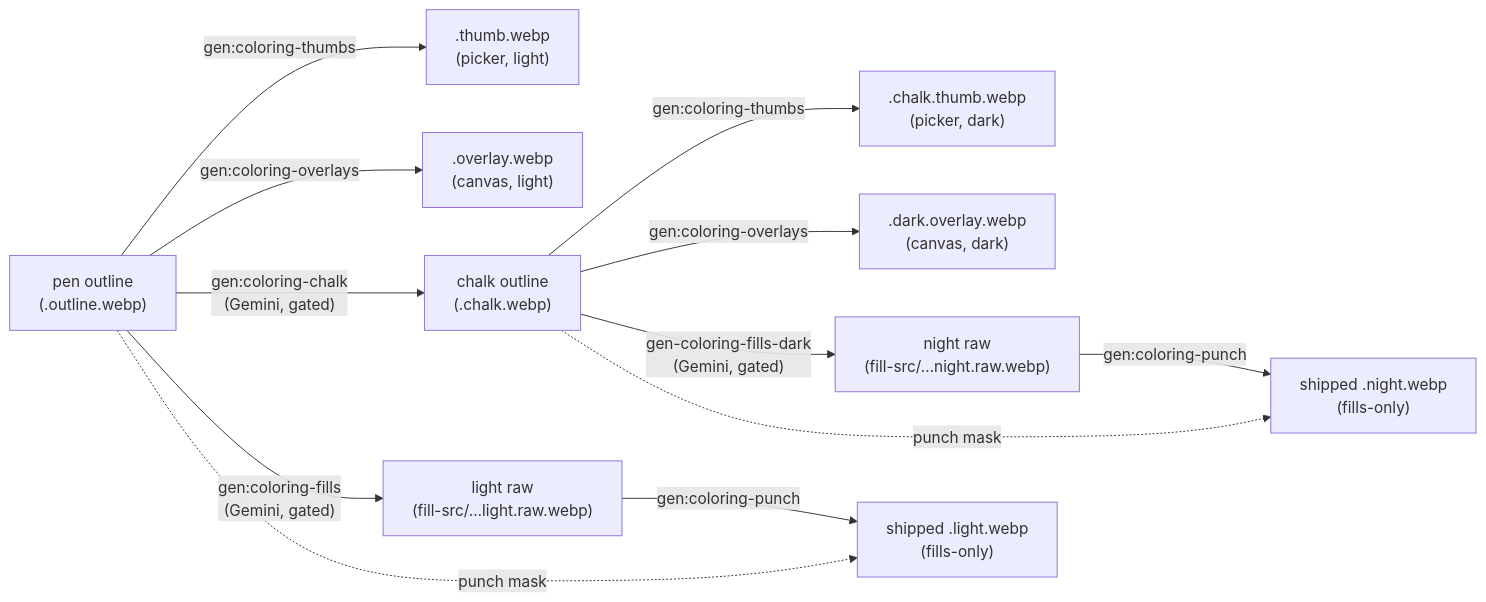
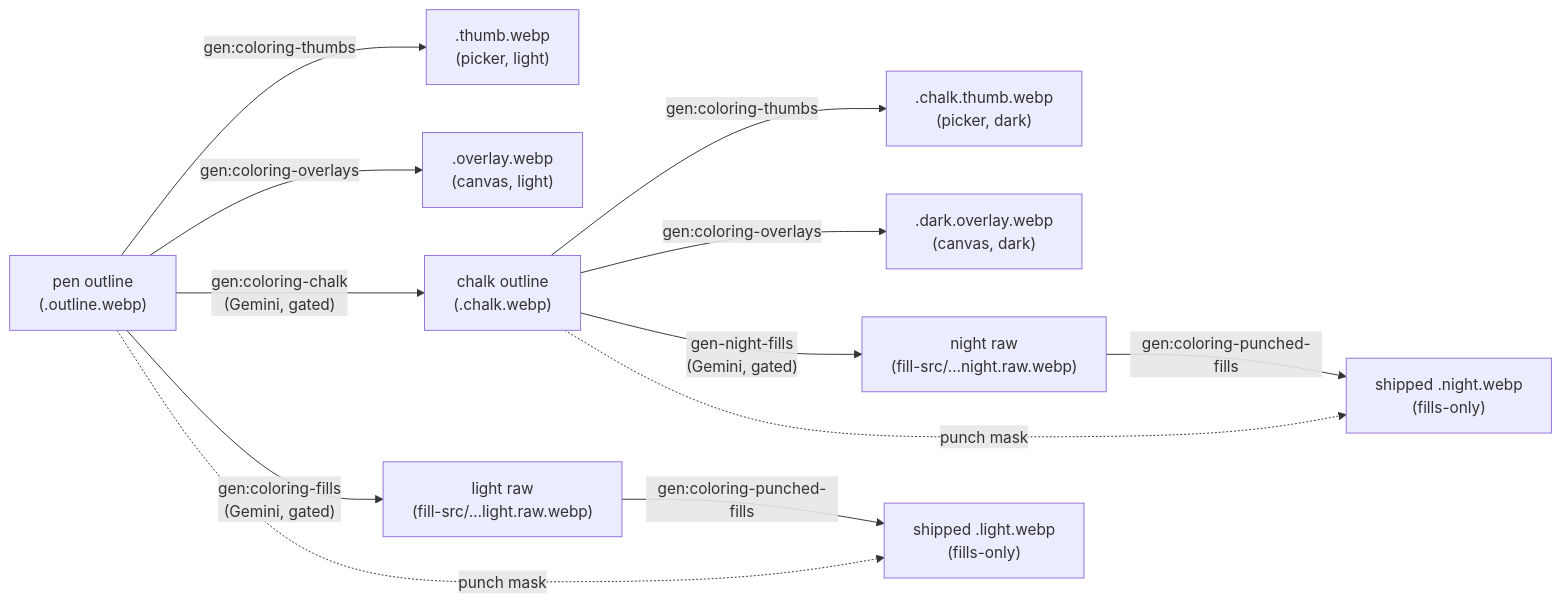
The diagram in tools/asset-gen/docs/pipeline.md (KyleMit/Splotch), drawn with Mermaid before and after one commit. The commit also changed other lines of this file and 114 other files, not shown here.

````diff
--- a/tools/asset-gen/docs/pipeline.md
+++ b/tools/asset-gen/docs/pipeline.md
@@ -20,14 +20,14 @@
 ```mermaid
 flowchart LR
     O["pen outline<br/>(.outline.webp)"] -->|gen:coloring-thumbs| T[".thumb.webp<br/>(picker, light)"]
     O -->|gen:coloring-overlays| PO[".overlay.webp<br/>(canvas, light)"]
     O -->|"gen:coloring-chalk<br/>(Gemini, gated)"| C["chalk outline<br/>(.chalk.webp)"]
     C -->|gen:coloring-thumbs| CT[".chalk.thumb.webp<br/>(picker, dark)"]
     C -->|gen:coloring-overlays| CO[".dark.overlay.webp<br/>(canvas, dark)"]
     O -->|"gen:coloring-fills<br/>(Gemini, gated)"| LR2["light raw<br/>(fill-src/…light.raw.webp)"]
-    C -->|"gen-coloring-fills-dark<br/>(Gemini, gated)"| NR["night raw<br/>(fill-src/…night.raw.webp)"]
-    LR2 -->|gen:coloring-punch| LS["shipped .light.webp<br/>(fills-only)"]
-    NR -->|gen:coloring-punch| NS["shipped .night.webp<br/>(fills-only)"]
+    C -->|"gen-night-fills<br/>(Gemini, gated)"| NR["night raw<br/>(fill-src/…night.raw.webp)"]
+    LR2 -->|gen:coloring-punched-fills| LS["shipped .light.webp<br/>(fills-only)"]
+    NR -->|gen:coloring-punched-fills| NS["shipped .night.webp<br/>(fills-only)"]
     O -.->|"punch mask"| LS
     C -.->|"punch mask"| NS
 ```
````
